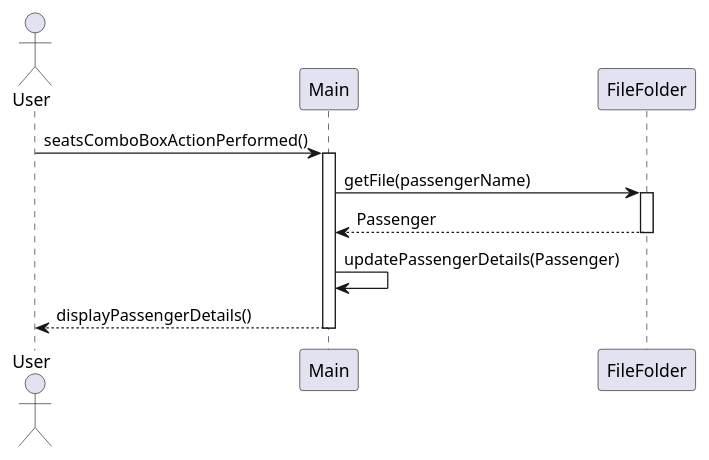
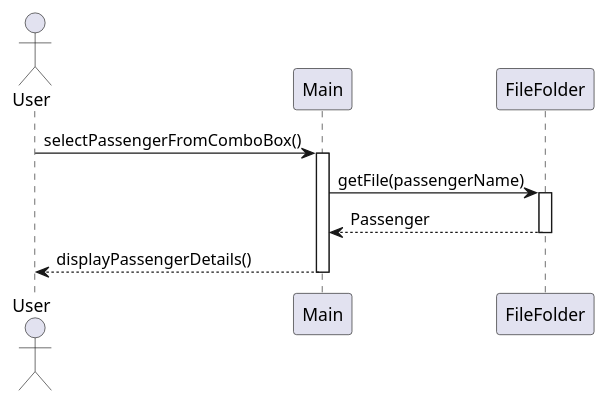
Before and after one commit to brandon-toews/JavaProject: the diagram in diagrams/MainSeq_UpdatePassInfo.puml, drawn with PlantUML. The commit also changed 15 other files, not shown here.

Commit message:
finished diagrams

```diff
--- a/diagrams/MainSeq_UpdatePassInfo.puml
+++ b/diagrams/MainSeq_UpdatePassInfo.puml
@@ -1,15 +1,14 @@
 @startuml
 actor User
 participant "Main" as M
 participant "FileFolder" as FF
 
-User -> M : seatsComboBoxActionPerformed()
+User -> M : selectPassengerFromComboBox()
 activate M
 M -> FF : getFile(passengerName)
 activate FF
 FF --> M : Passenger
 deactivate FF
-M -> M : updatePassengerDetails(Passenger)
 M --> User : displayPassengerDetails()
 deactivate M
 @enduml
```
